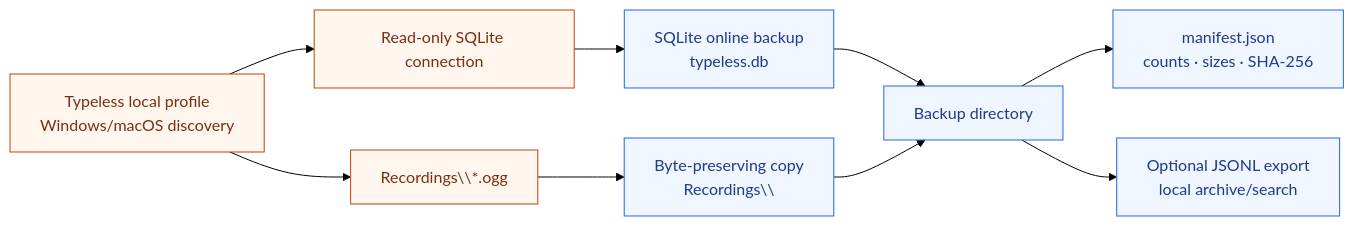
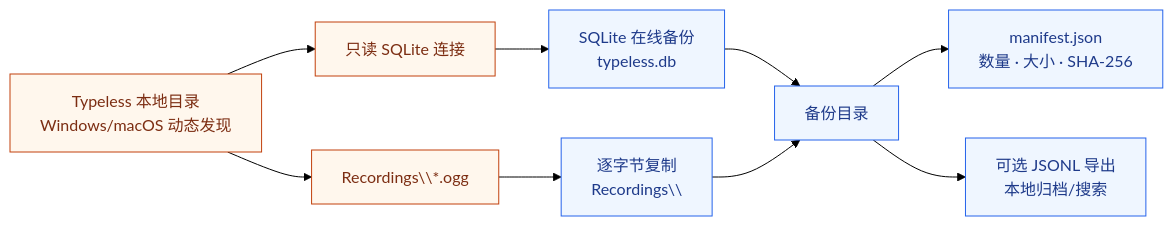
The diagram in README.md (NeoWeb3Nova/typeless-backup), drawn with Mermaid (forest theme) before and after one commit. The commit also changed other lines of this file and 2 other files, not shown here.

````diff
--- a/README.md
+++ b/README.md
@@ -122,16 +122,16 @@
 ```mermaid
 flowchart LR
-    A[Typeless local profile\nWindows/macOS discovery] --> B[Read-only SQLite connection]
+    A[Typeless 本地目录\nWindows/macOS 动态发现] --> B[只读 SQLite 连接]
     A --> C[Recordings\\*.ogg]
-    B --> D[SQLite online backup\ntypeless.db]
-    C --> E[Byte-preserving copy\nRecordings\\]
-    D --> F[Backup directory]
+    B --> D[SQLite 在线备份\ntypeless.db]
+    C --> E[逐字节复制\nRecordings\\]
+    D --> F[备份目录]
     E --> F
-    F --> G[manifest.json\ncounts · sizes · SHA-256]
-    F --> H[Optional JSONL export\nlocal archive/search]
+    F --> G[manifest.json\n数量 · 大小 · SHA-256]
+    F --> H[可选 JSONL 导出\n本地归档/搜索]
 
     classDef source fill:#fff7ed,stroke:#c2410c,color:#7c2d12
     classDef safe fill:#eff6ff,stroke:#2563eb,color:#1e3a8a
     class A,B,C source
     class D,E,F,G,H safe
 ```
````
